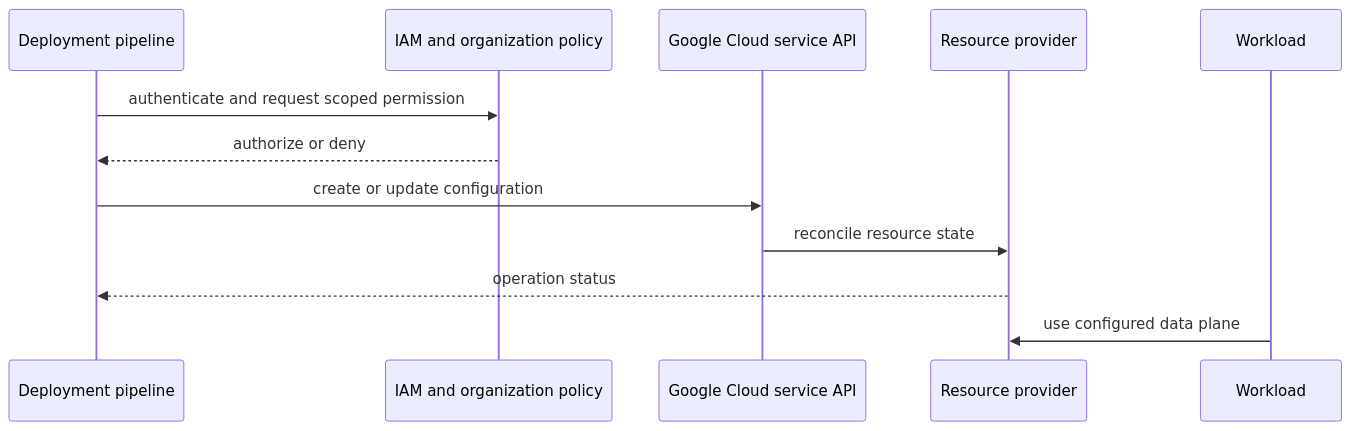
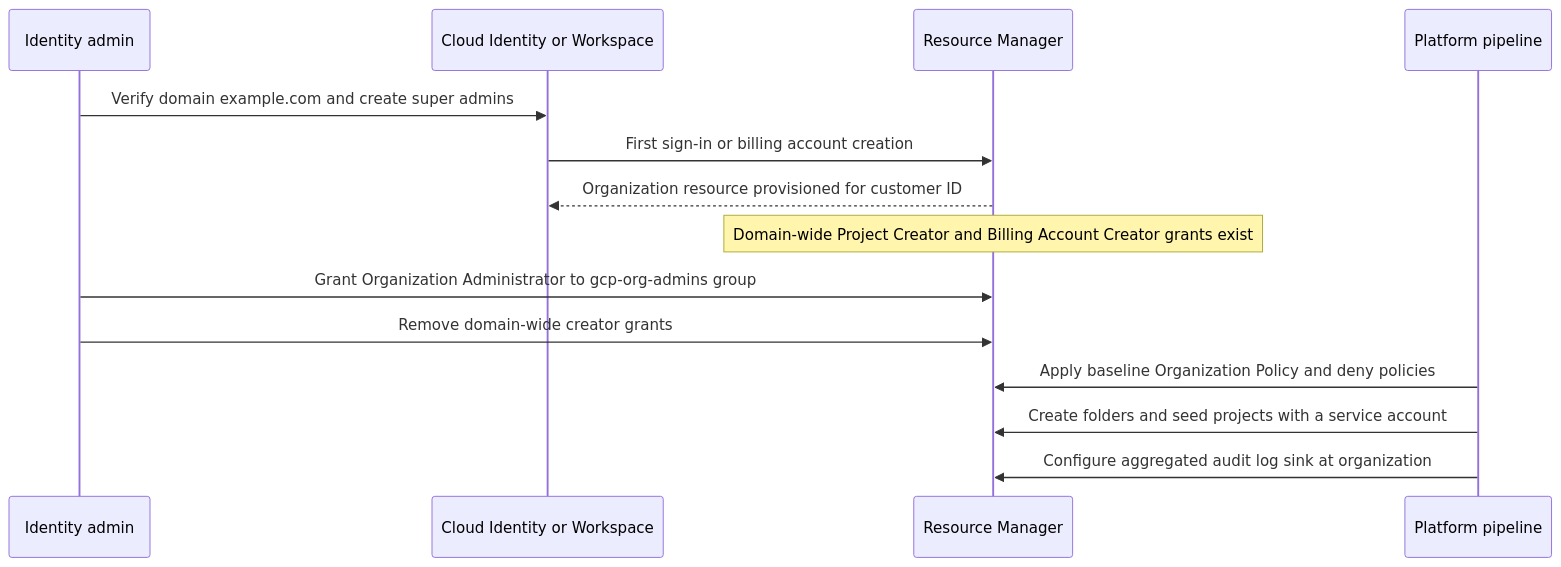
One commit to joydasss/Architect changed the second of 15 diagrams in 09_Cloud_Computing/CH03_GCP.md. Above: the diagram before and after it, drawn with Mermaid. The commit also changed other lines of this file and 295 other files, not shown here.

````diff
--- a/09_Cloud_Computing/CH03_GCP.md
+++ b/09_Cloud_Computing/CH03_GCP.md
@@ -129,14 +126,16 @@
 ```mermaid
 sequenceDiagram
-    participant Pipeline as Deployment pipeline
-    participant IAM as IAM and organization policy
-    participant API as Google Cloud service API
-    participant Resource as Resource provider
-    participant App as Workload
-    Pipeline->>IAM: authenticate and request scoped permission
-    IAM-->>Pipeline: authorize or deny
-    Pipeline->>API: create or update configuration
-    API->>Resource: reconcile resource state
-    Resource-->>Pipeline: operation status
-    App->>Resource: use configured data plane
+    participant Admin as Identity admin
+    participant Dir as Cloud Identity or Workspace
+    participant RM as Resource Manager
+    participant Plat as Platform pipeline
+    Admin->>Dir: Verify domain example.com and create super admins
+    Dir->>RM: First sign-in or billing account creation
+    RM-->>Dir: Organization resource provisioned for customer ID
+    Note over RM: Domain-wide Project Creator and Billing Account Creator grants exist
+    Admin->>RM: Grant Organization Administrator to gcp-org-admins group
+    Admin->>RM: Remove domain-wide creator grants
+    Plat->>RM: Apply baseline Organization Policy and deny policies
+    Plat->>RM: Create folders and seed projects with a service account
+    Plat->>RM: Configure aggregated audit log sink at organization
 ```
````
